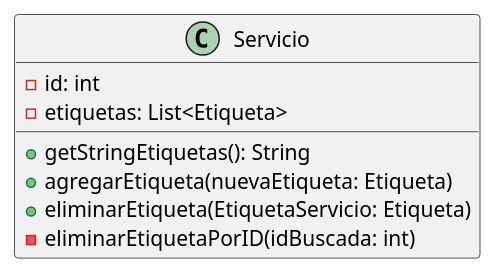
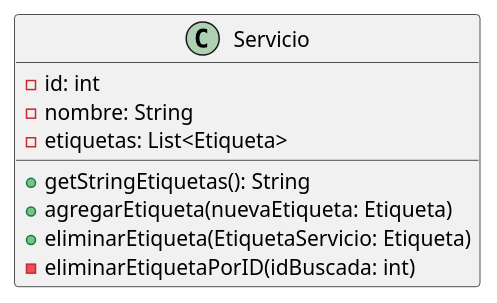
One commit to mbertogliati/dds-tpa changed the diagram in main-project/DC/E3/domain/servicios/Servicio.puml. Above: the diagram before and after it, drawn with PlantUML. The commit also changed 7 other files, not shown here.

```diff
--- a/main-project/DC/E3/domain/servicios/Servicio.puml
+++ b/main-project/DC/E3/domain/servicios/Servicio.puml
@@ -1,14 +1,15 @@
 @startuml
 'https://plantuml.com/class-diagram
 
 class Servicio{
     - id: int
+    - nombre: String
     - etiquetas: List<Etiqueta>
 
     + getStringEtiquetas(): String
     + agregarEtiqueta(nuevaEtiqueta: Etiqueta)
     + eliminarEtiqueta(EtiquetaServicio: Etiqueta)
     - eliminarEtiquetaPorID(idBuscada: int)
 }
 
 @enduml
```
